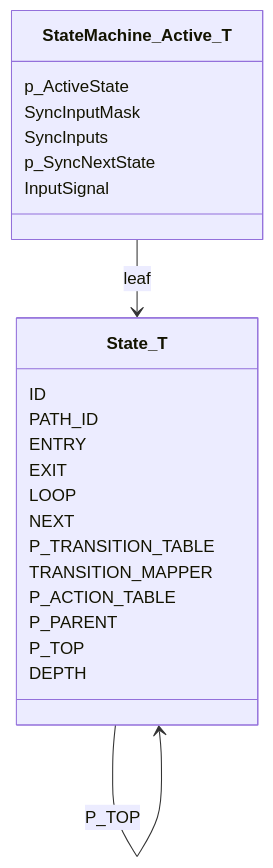
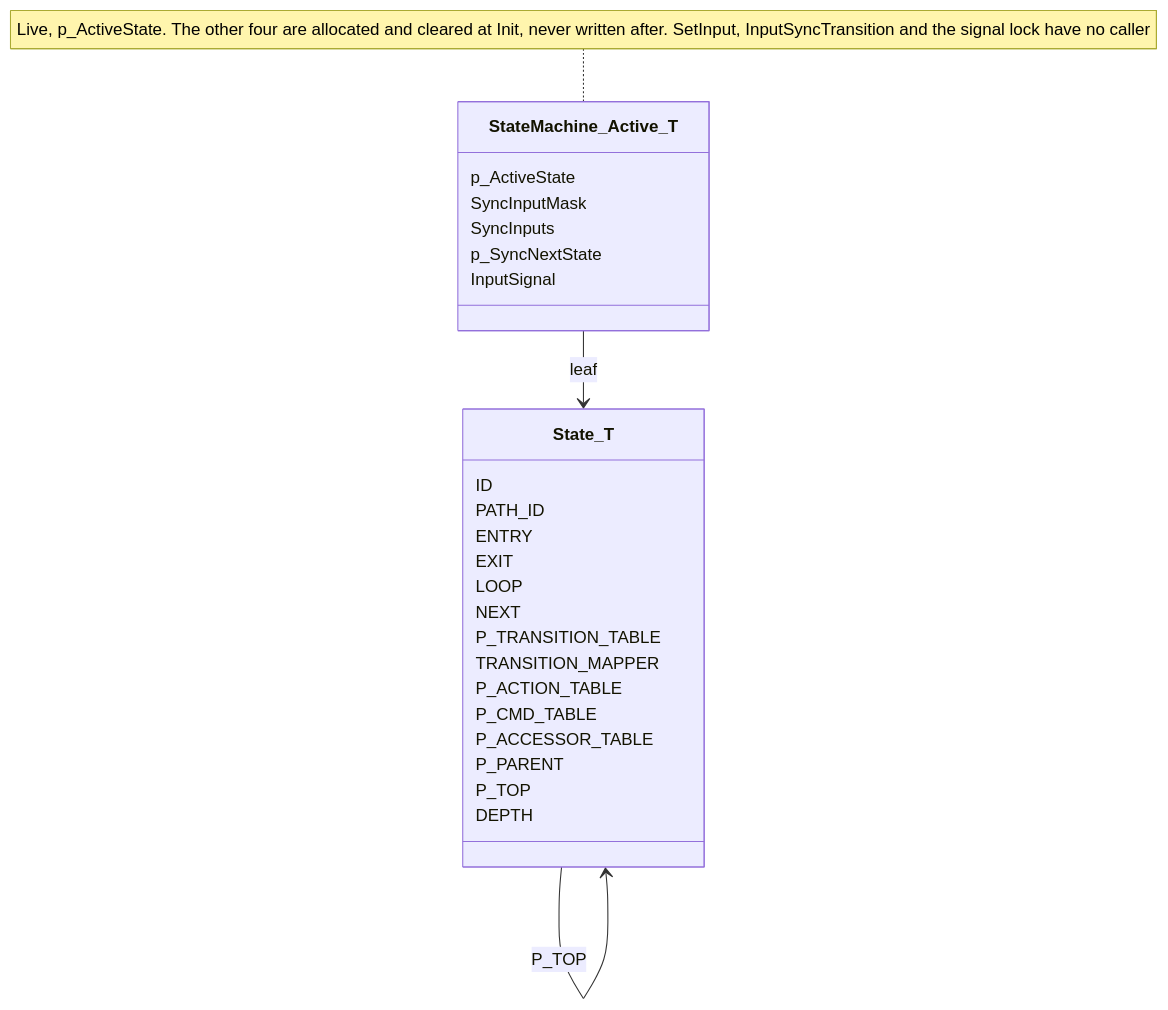
The third of 18 diagrams in Framework/StateMachine/Architecture.md (FireSourcery/FireSourcery_Library), drawn with Mermaid before and after one commit. The commit also changed other lines of this file and 47 other files, not shown here.

````diff
--- a/Framework/StateMachine/Architecture.md
+++ b/Framework/StateMachine/Architecture.md
@@ -80,32 +85,32 @@
 ```mermaid
 classDiagram
     class State_T {
         ID
         PATH_ID
         ENTRY
         EXIT
         LOOP
         NEXT
         P_TRANSITION_TABLE
         TRANSITION_MAPPER
         P_ACTION_TABLE
-  <!--       P_CMD_TABLE -->
-  <!--       P_ACCESSOR_TABLE -->
-<!--         P_DATA_VECTOR -->
+        P_CMD_TABLE
+        P_ACCESSOR_TABLE
         P_PARENT
         P_TOP
         DEPTH
     }
 
     class StateMachine_Active_T {
         p_ActiveState
         SyncInputMask
         SyncInputs
         p_SyncNextState
         InputSignal
     }
+    note for StateMachine_Active_T "Live, p_ActiveState. The other four are allocated and cleared at Init, never written after. SetInput, InputSyncTransition and the signal lock have no caller"
 
     State_T --> State_T : P_PARENT
     State_T --> State_T : P_TOP
     StateMachine_Active_T --> State_T : leaf
 ```
````
